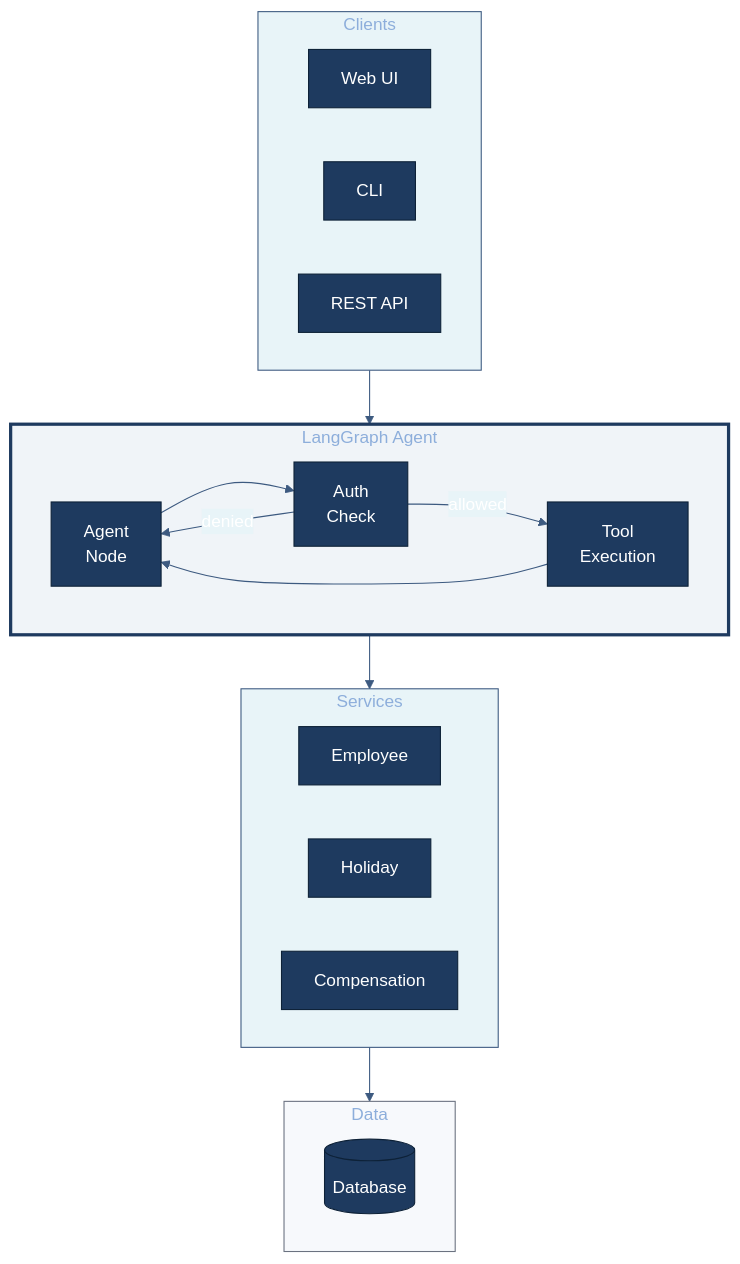
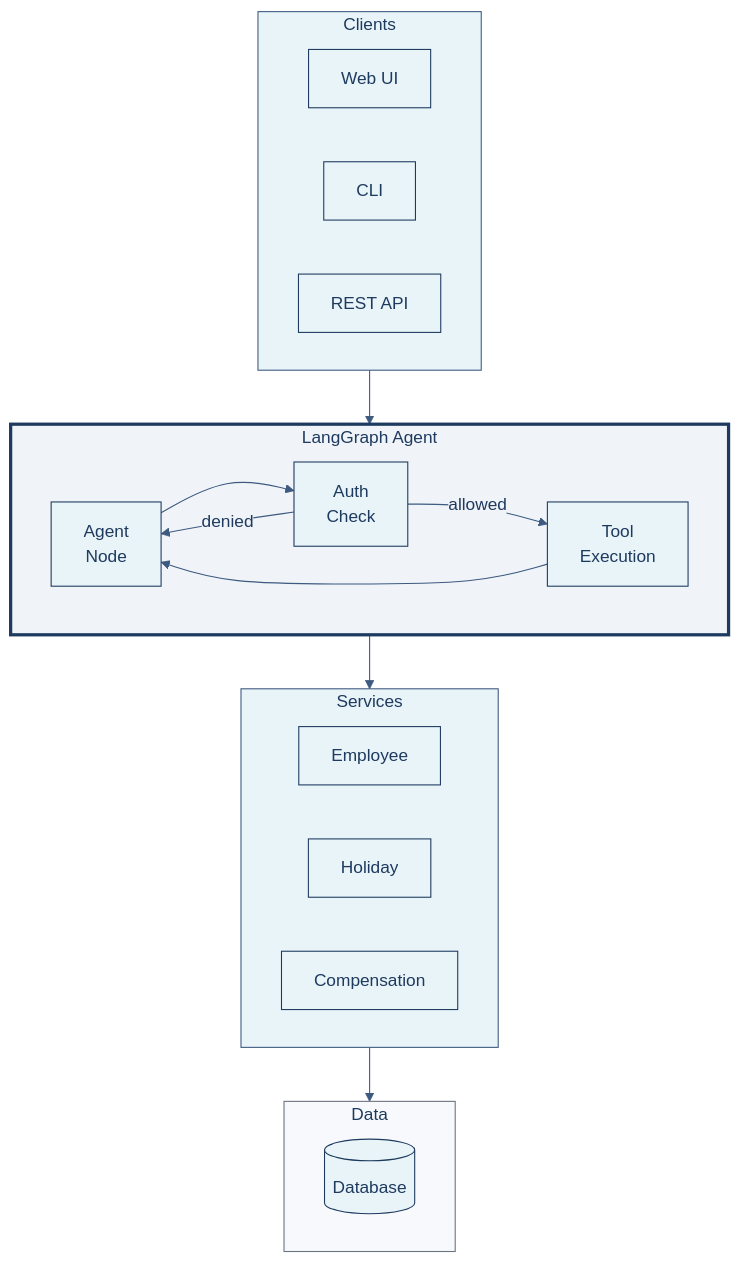
The first of 3 diagrams in README.md (ruthvik-jeev/hr-agent), drawn with Mermaid before and after one commit. The commit also changed other lines of this file and 5 other files, not shown here.

First line of the commit message:
fix: improve diagram text visibility with dark text colors

````diff
--- a/README.md
+++ b/README.md
@@ -52,38 +52,38 @@
 ```mermaid
-%%{init: {'theme': 'base', 'themeVariables': { 'primaryColor': '#1e3a5f', 'primaryTextColor': '#fff', 'primaryBorderColor': '#0d2137', 'lineColor': '#3d5a80', 'secondaryColor': '#e8f4f8'}}}%%
+%%{init: {'theme': 'base', 'themeVariables': { 'primaryColor': '#e8f4f8', 'primaryTextColor': '#1e3a5f', 'primaryBorderColor': '#1e3a5f', 'lineColor': '#3d5a80', 'secondaryColor': '#f0f4f8', 'tertiaryColor': '#f7f9fc', 'nodeTextColor': '#1e3a5f', 'textColor': '#1e3a5f'}}}%%
 
 flowchart TB
     subgraph CLIENT["Clients"]
         WEB["Web UI"]
         CLI["CLI"]
         API["REST API"]
     end
     
     subgraph AGENT["LangGraph Agent"]
         direction LR
         LLM["Agent<br/>Node"] --> AUTH["Auth<br/>Check"]
         AUTH -->|allowed| TOOLS["Tool<br/>Execution"]
         AUTH -->|denied| LLM
         TOOLS --> LLM
     end
     
     subgraph SERVICES["Services"]
         direction LR
         S1["Employee"]
         S2["Holiday"]
         S3["Compensation"]
     end
     
     subgraph DATA["Data"]
         DB[("Database")]
     end
     
     CLIENT --> AGENT
     AGENT --> SERVICES
     SERVICES --> DATA
     
-    style CLIENT fill:#e8f4f8,stroke:#3d5a80
-    style AGENT fill:#f0f4f8,stroke:#1e3a5f,stroke-width:3px
-    style SERVICES fill:#e8f4f8,stroke:#3d5a80
-    style DATA fill:#f7f9fc,stroke:#6b7280
+    style CLIENT fill:#e8f4f8,stroke:#3d5a80,color:#1e3a5f
+    style AGENT fill:#f0f4f8,stroke:#1e3a5f,stroke-width:3px,color:#1e3a5f
+    style SERVICES fill:#e8f4f8,stroke:#3d5a80,color:#1e3a5f
+    style DATA fill:#f7f9fc,stroke:#6b7280,color:#1e3a5f
 ```
````
